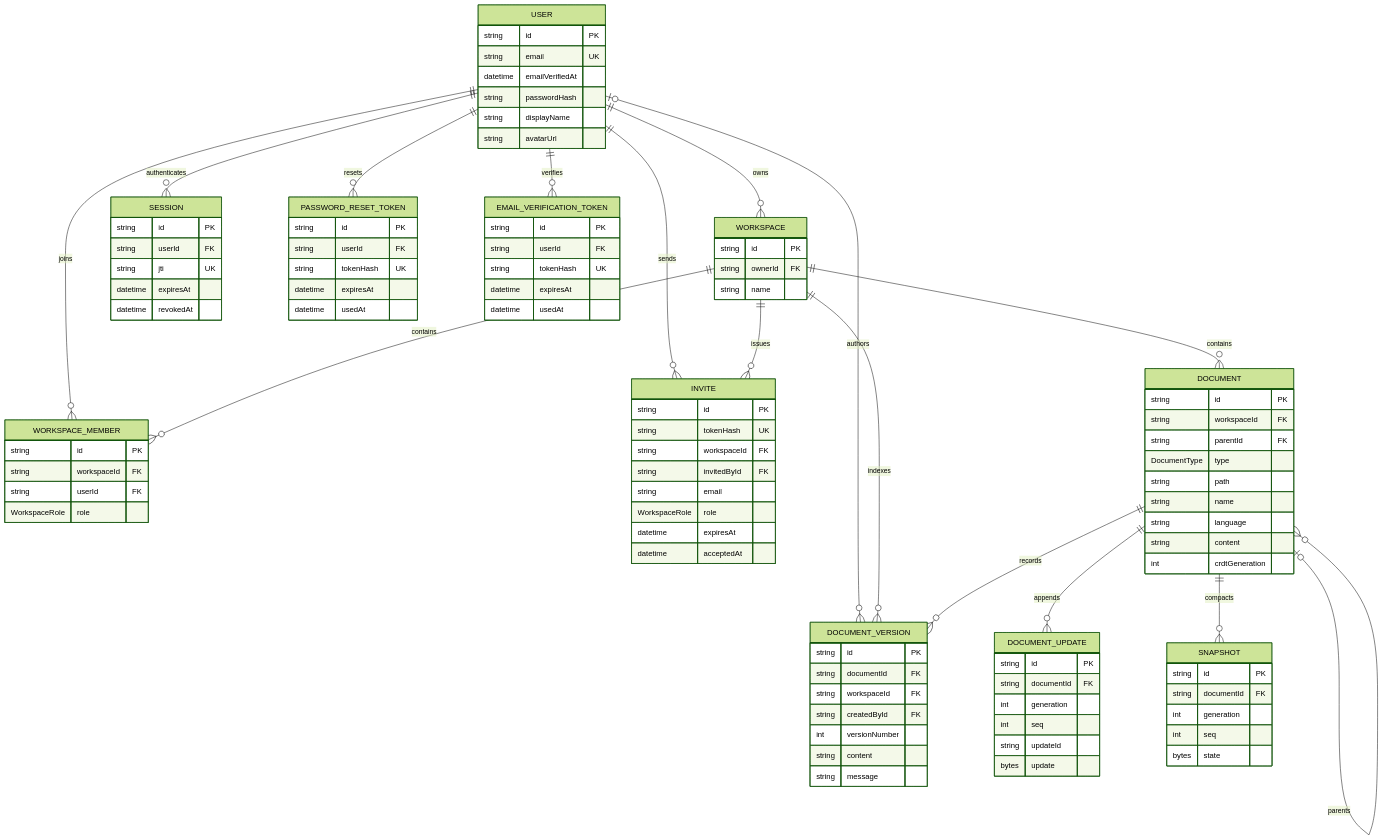
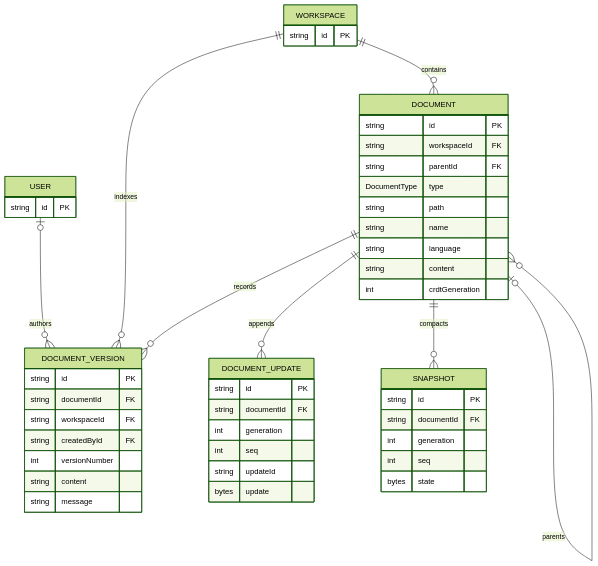
The third of 3 diagrams in docs/explanation/data-model.md (santinomarial/Meridian), drawn with Mermaid (forest theme) before and after one commit. The commit also changed 10 other files, not shown here.

Commit message:
Redesign architecture diagrams

````diff
--- a/docs/explanation/data-model.md
+++ b/docs/explanation/data-model.md
@@ -7,14 +84,6 @@
 ```mermaid
 erDiagram
-    USER ||--o{ WORKSPACE : owns
-    USER ||--o{ WORKSPACE_MEMBER : joins
-    USER ||--o{ SESSION : authenticates
-    USER ||--o{ PASSWORD_RESET_TOKEN : resets
-    USER ||--o{ EMAIL_VERIFICATION_TOKEN : verifies
-    USER ||--o{ INVITE : sends
     USER o|--o{ DOCUMENT_VERSION : authors
-    WORKSPACE ||--o{ WORKSPACE_MEMBER : contains
-    WORKSPACE ||--o{ INVITE : issues
     WORKSPACE ||--o{ DOCUMENT : contains
     WORKSPACE ||--o{ DOCUMENT_VERSION : indexes
     DOCUMENT o|--o{ DOCUMENT : parents
@@ -24,32 +93,9 @@
 
     USER {
         string id PK
-        string email UK
-        datetime emailVerifiedAt
-        string passwordHash
-        string displayName
-        string avatarUrl
     }
     WORKSPACE {
         string id PK
-        string ownerId FK
-        string name
-    }
-    WORKSPACE_MEMBER {
-        string id PK
-        string workspaceId FK
-        string userId FK
-        WorkspaceRole role
-    }
-    INVITE {
-        string id PK
-        string tokenHash UK
-        string workspaceId FK
-        string invitedById FK
-        string email
-        WorkspaceRole role
-        datetime expiresAt
-        datetime acceptedAt
     }
     DOCUMENT {
         string id PK
@@ -86,25 +132,4 @@
         int seq
         bytes state
     }
-    SESSION {
-        string id PK
-        string userId FK
-        string jti UK
-        datetime expiresAt
-        datetime revokedAt
-    }
-    PASSWORD_RESET_TOKEN {
-        string id PK
-        string userId FK
-        string tokenHash UK
-        datetime expiresAt
-        datetime usedAt
-    }
-    EMAIL_VERIFICATION_TOKEN {
-        string id PK
-        string userId FK
-        string tokenHash UK
-        datetime expiresAt
-        datetime usedAt
-    }
 ```
````
